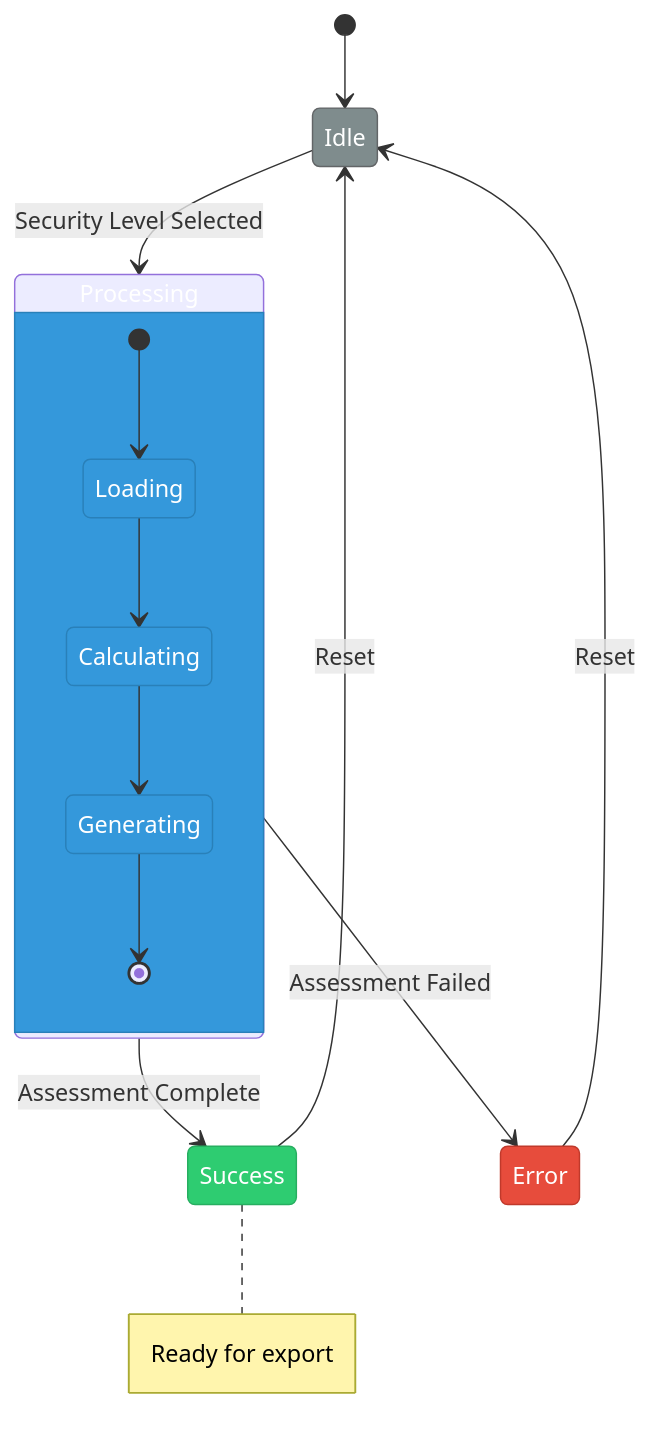
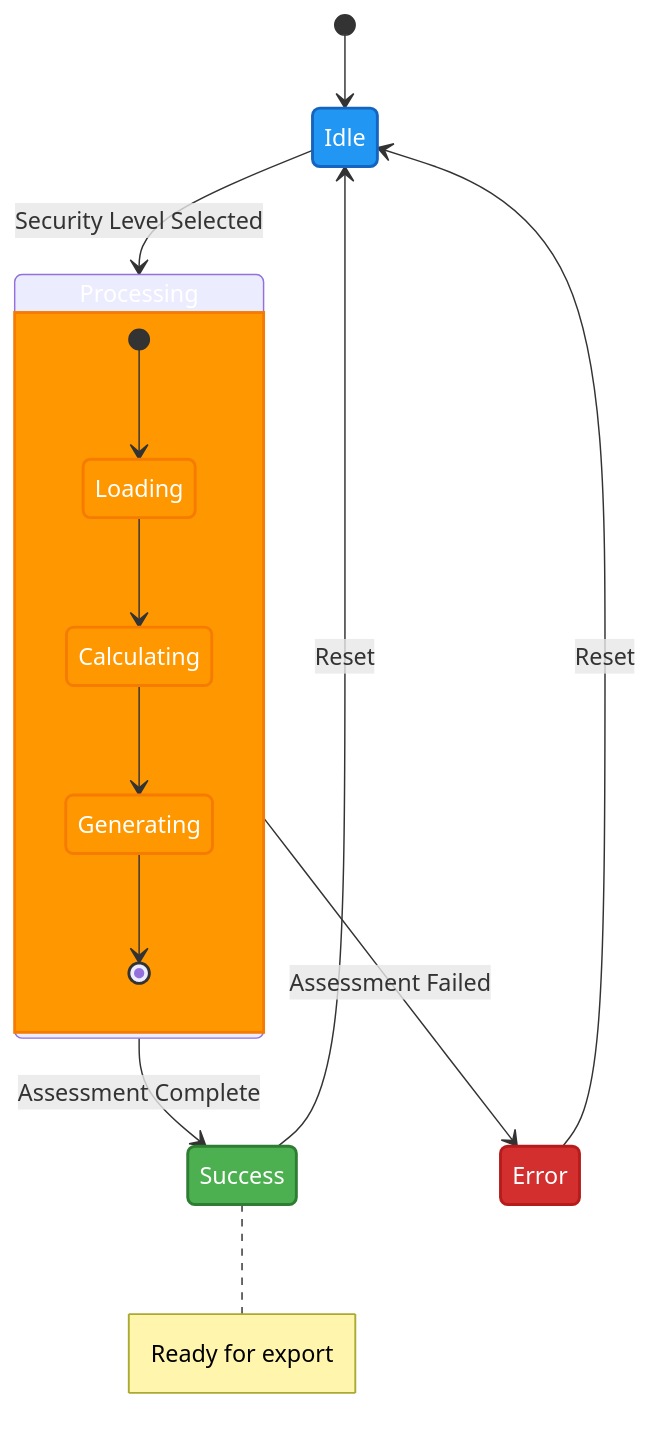
Before and after one commit to Hack23/cia-compliance-manager: the fifth of 6 diagrams in docs/architecture/STYLE_GUIDE.md, drawn with Mermaid. The commit also changed other lines of this file and 18 other files, not shown here.

First line of the commit message:
style: update all classDef colors to ISMS style guide palette and fix quadrant charts

````diff
--- a/docs/architecture/STYLE_GUIDE.md
+++ b/docs/architecture/STYLE_GUIDE.md
@@ -187,29 +187,29 @@
 ```mermaid
 stateDiagram-v2
     [*] --> Idle
     
     Idle --> Processing: Security Level Selected
     Processing --> Success: Assessment Complete
     Processing --> Error: Assessment Failed
     Success --> Idle: Reset
     Error --> Idle: Reset
     
     state Processing {
         [*] --> Loading
         Loading --> Calculating
         Calculating --> Generating
         Generating --> [*]
     }
     
     note right of Success : Ready for export
     
-    classDef idle fill:#7f8c8d,stroke:#626567,color:white
-    classDef processing fill:#3498db,stroke:#2980b9,color:white
-    classDef success fill:#2ecc71,stroke:#27ae60,color:white
-    classDef error fill:#e74c3c,stroke:#c0392b,color:white
+    classDef idle fill:#2196F3,stroke:#1565C0,stroke-width:2px,color:#ffffff
+    classDef processing fill:#FF9800,stroke:#F57C00,stroke-width:2px,color:#ffffff
+    classDef success fill:#4CAF50,stroke:#2E7D32,stroke-width:2px,color:#ffffff
+    classDef error fill:#D32F2F,stroke:#B71C1C,stroke-width:2px,color:#ffffff
     
     class Idle idle
     class Processing,Loading,Calculating,Generating processing
     class Success success
     class Error error
 ```
````
